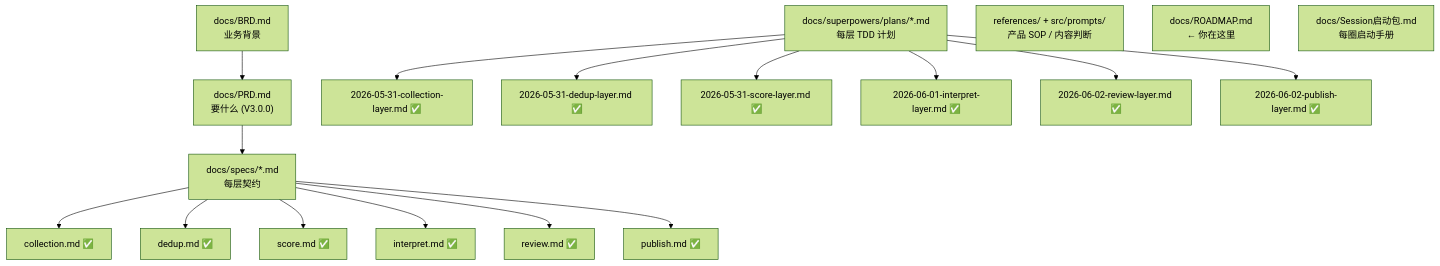
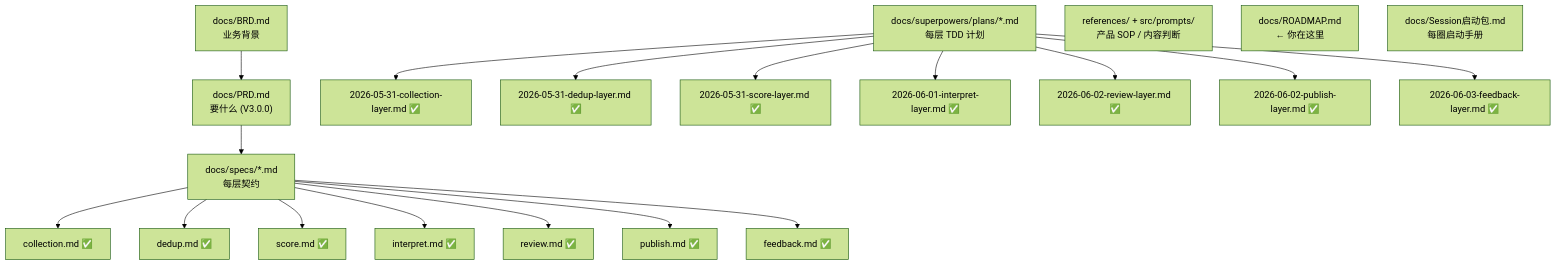
One commit to ai-newsday/core changed the third of 3 diagrams in docs/ROADMAP.md. Above: the diagram before and after it, drawn with Mermaid (forest theme). The commit also changed other lines of this file, not shown here.

Commit message:
docs: ROADMAP — Circle 7 feedback merged; 7-layer MVP loop complete

````diff
--- a/docs/ROADMAP.md
+++ b/docs/ROADMAP.md
@@ -73,22 +73,24 @@
 ```mermaid
 flowchart TD
     PRD["docs/PRD.md<br/>要什么 (V3.0.0)"] --> SPECS
     BRD["docs/BRD.md<br/>业务背景"] --> PRD
     SPECS["docs/specs/*.md<br/>每层契约"]
     SPECS --> S1["collection.md ✅"]
     SPECS --> S2["dedup.md ✅"]
     SPECS --> S3["score.md ✅"]
     SPECS --> S4["interpret.md ✅"]
     SPECS --> S5["review.md ✅"]
     SPECS --> S6["publish.md ✅"]
+    SPECS --> S7["feedback.md ✅"]
     PLANS["docs/superpowers/plans/*.md<br/>每层 TDD 计划"]
     PLANS --> P1["2026-05-31-collection-layer.md ✅"]
     PLANS --> P2["2026-05-31-dedup-layer.md ✅"]
     PLANS --> P3["2026-05-31-score-layer.md ✅"]
     PLANS --> P4["2026-06-01-interpret-layer.md ✅"]
     PLANS --> P5["2026-06-02-review-layer.md ✅"]
     PLANS --> P6["2026-06-02-publish-layer.md ✅"]
+    PLANS --> P7["2026-06-03-feedback-layer.md ✅"]
     REF["references/ + src/prompts/<br/>产品 SOP / 内容判断"]
     RM["docs/ROADMAP.md<br/>← 你在这里"]
     SB["docs/Session启动包.md<br/>每圈启动手册"]
 ```
````
